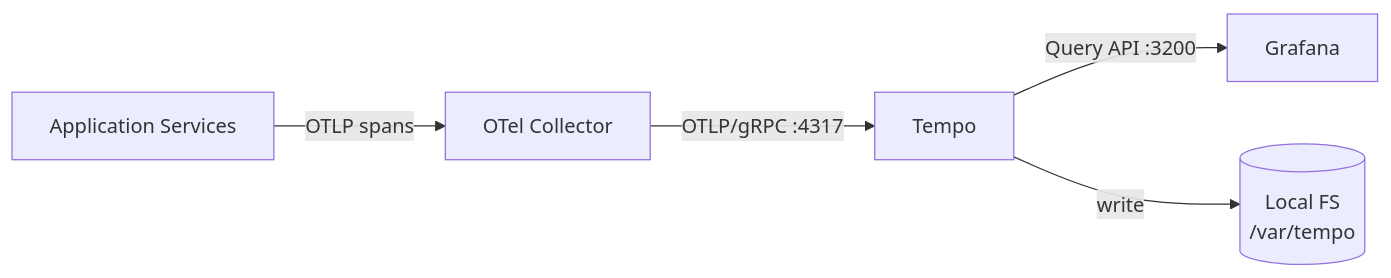
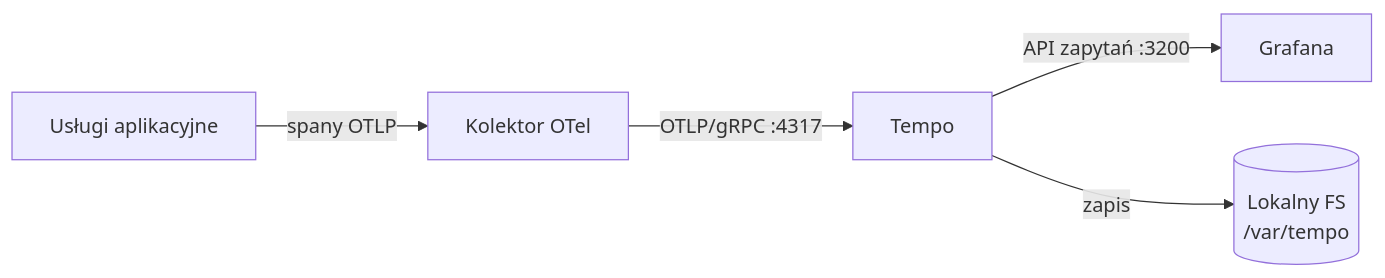
Before and after one commit to leszek3737/librefang-WIki: the diagram in deploy-tempo.md, drawn with Mermaid. The commit also changed other lines of this file and 104 other files, not shown here.

````diff
--- a/deploy-tempo.md
+++ b/deploy-tempo.md
@@ -17,7 +17,7 @@
 ```mermaid
 flowchart LR
-    App[Application Services] -->|OTLP spans| Coll[OTel Collector]
+    App[Usługi aplikacyjne] -->|spany OTLP| Coll[Kolektor OTel]
     Coll -->|OTLP/gRPC :4317| Tempo[Tempo]
-    Tempo -->|Query API :3200| Grafana
-    Tempo -->|write| FS[(Local FS<br/>/var/tempo)]
+    Tempo -->|API zapytań :3200| Grafana
+    Tempo -->|zapis| FS[(Lokalny FS<br/>/var/tempo)]
 ```
````
